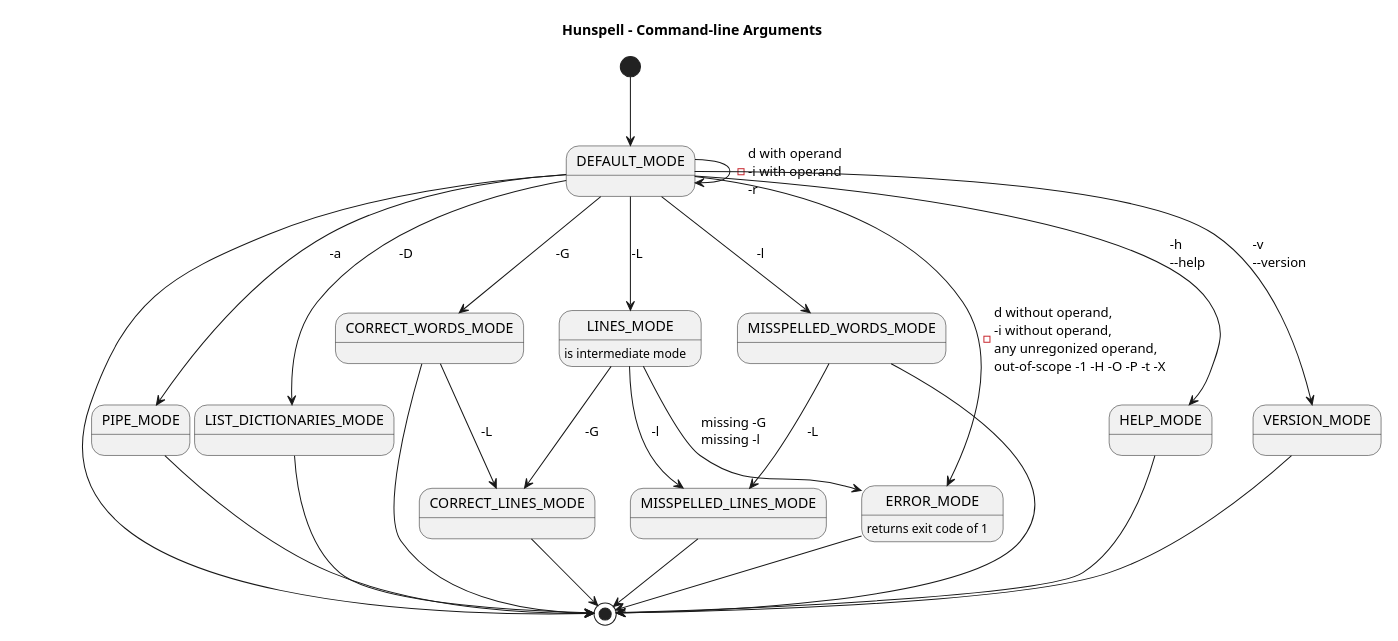
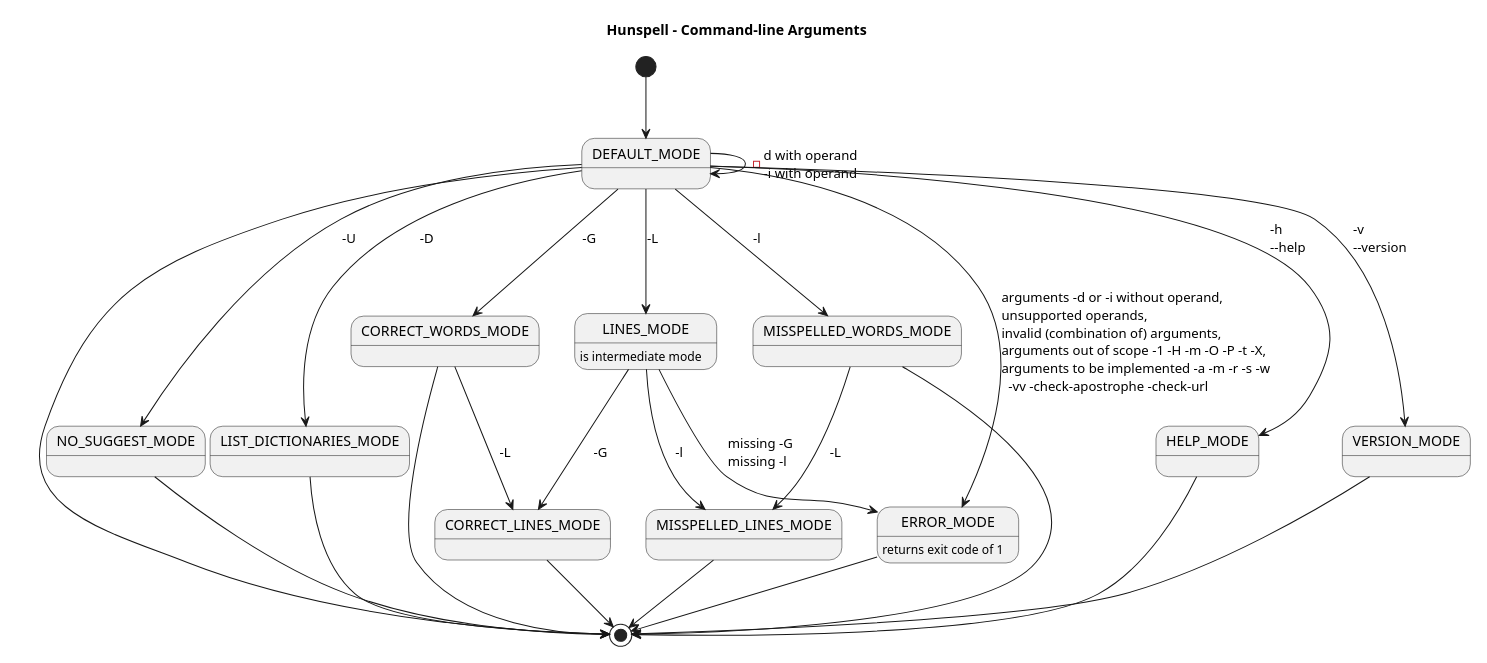
Before and after one commit to nuspell/misc-nuspell: the diagram in uml/plantuml/command-line-arguments-state-diagram.pu, drawn with PlantUML. The commit also changed 7 other files, not shown here.

```diff
--- a/uml/plantuml/command-line-arguments-state-diagram.pu
+++ b/uml/plantuml/command-line-arguments-state-diagram.pu
@@ -1,43 +1,43 @@
 @startuml
 skinparam backgroundcolor White|White
 
 title Hunspell - Command-line Arguments
 
 [*] --> DEFAULT_MODE
 
-DEFAULT_MODE --> DEFAULT_MODE : -d with operand\l-i with operand\l-r
+DEFAULT_MODE --> DEFAULT_MODE : -d with operand\l-i with operand
 DEFAULT_MODE --> [*]
 
-DEFAULT_MODE --> PIPE_MODE : -a
-PIPE_MODE --> [*]
+DEFAULT_MODE --> NO_SUGGEST_MODE : -U
+NO_SUGGEST_MODE --> [*]
 
 DEFAULT_MODE --> LIST_DICTIONARIES_MODE : -D
 LIST_DICTIONARIES_MODE --> [*]
 
 DEFAULT_MODE --> CORRECT_WORDS_MODE : -G
 CORRECT_WORDS_MODE --> CORRECT_LINES_MODE : -L
 CORRECT_WORDS_MODE --> [*]
 CORRECT_LINES_MODE --> [*]
 
 DEFAULT_MODE --> MISSPELLED_WORDS_MODE : -l
 MISSPELLED_WORDS_MODE --> MISSPELLED_LINES_MODE : -L
 MISSPELLED_LINES_MODE --> [*]
 MISSPELLED_WORDS_MODE --> [*]
 
 DEFAULT_MODE --> LINES_MODE : -L
 LINES_MODE : is intermediate mode
 LINES_MODE --> CORRECT_LINES_MODE : -G
 LINES_MODE --> MISSPELLED_LINES_MODE : -l
 LINES_MODE --> ERROR_MODE : missing -G\lmissing -l
 
 DEFAULT_MODE --> HELP_MODE : -h\l--help
 HELP_MODE --> [*]
 
 DEFAULT_MODE --> VERSION_MODE : -v\l--version
 VERSION_MODE --> [*]
 
-DEFAULT_MODE --> ERROR_MODE : -d without operand,\l-i without operand,\lany unregonized operand,\lout-of-scope -1 -H -O -P -t -X
+DEFAULT_MODE --> ERROR_MODE : arguments -d or -i without operand,\lunsupported operands,\linvalid (combination of) arguments,\larguments out of scope -1 -H -m -O -P -t -X,\larguments to be implemented -a -m -r -s -w\l  -vv -check-apostrophe -check-url
 ERROR_MODE --> [*]
 ERROR_MODE : returns exit code of 1
 
 @enduml
```
